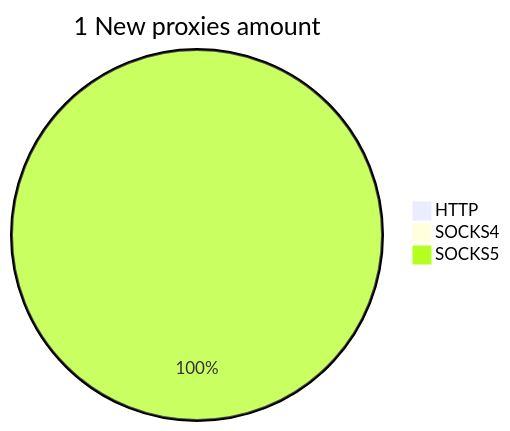
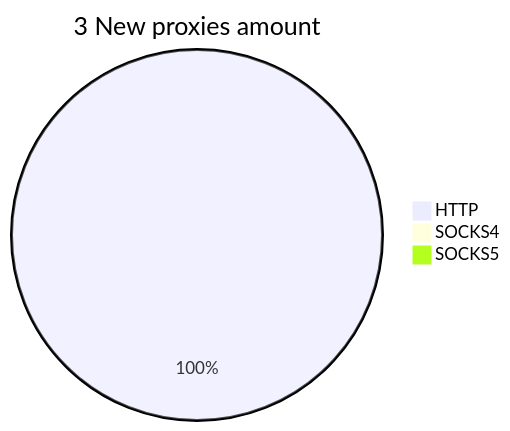
One commit to cutipu/proxylist changed the second of 2 diagrams in README.md. Above: the diagram before and after it, drawn with Mermaid. The commit also changed other lines of this file, not shown here.

````diff
--- a/README.md
+++ b/README.md
@@ -10,6 +10,6 @@
 ```mermaid
-pie title 1 New proxies amount
-    "HTTP" : 0
+pie title 3 New proxies amount
+    "HTTP" : 3
     "SOCKS4" : 0
-    "SOCKS5" : 1
+    "SOCKS5" : 0
 ```
````
